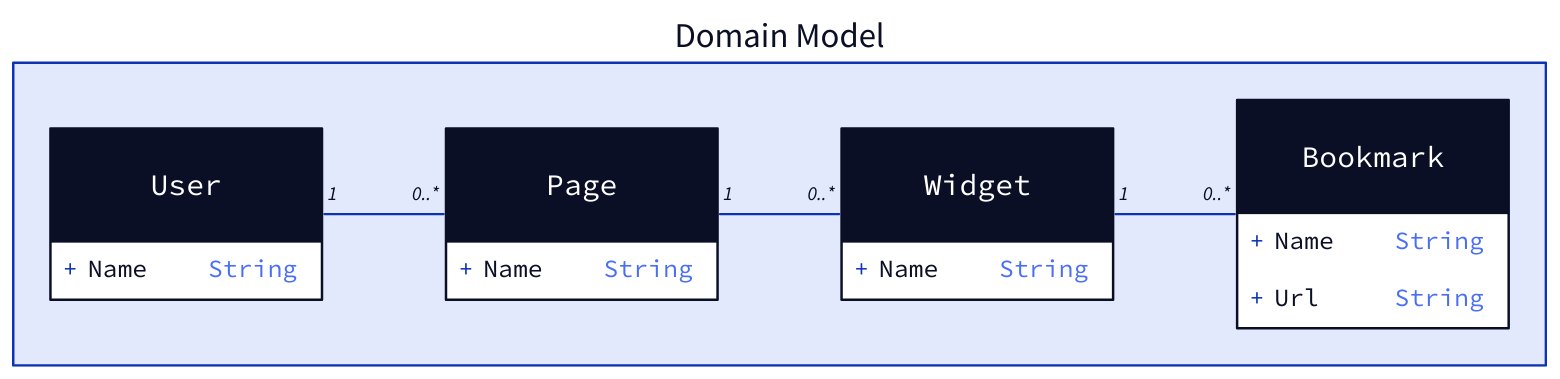
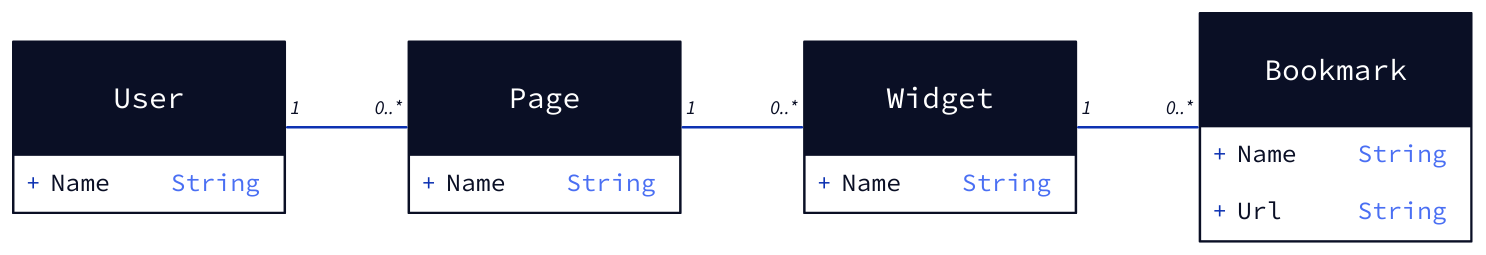
The diagram in docs/arc42/d2/domain.d2 (senekor/buenzlimarks), drawn with D2 before and after one commit. The commit also changed 9 other files, not shown here.

Commit message:
improve diagrams

```diff
--- a/docs/arc42/d2/domain.d2
+++ b/docs/arc42/d2/domain.d2
@@ -1,36 +1,34 @@
 direction: right
 
-Domain Model: {
-  User: {
-    shape: class
-    Name: String
-  }
-  Page: {
-    shape: class
-    Name: String
-  }
-  Widget: {
-    shape: class
-    Name: String
-  }
-  Bookmark: {
-    shape: class
-    Name: String
-    Url: String
-  }
+User: {
+  shape: class
+  Name: String
+}
+Page: {
+  shape: class
+  Name: String
+}
+Widget: {
+  shape: class
+  Name: String
+}
+Bookmark: {
+  shape: class
+  Name: String
+  Url: String
+}
 
-  User -- Page: {
-    source-arrowhead: 1
-    target-arrowhead: 0..*
-  }
+User -- Page: {
+  source-arrowhead: 1
+  target-arrowhead: 0..*
+}
 
-  Page -- Widget: {
-    source-arrowhead: 1
-    target-arrowhead: 0..*
-  }
+Page -- Widget: {
+  source-arrowhead: 1
+  target-arrowhead: 0..*
+}
 
-  Widget -- Bookmark: {
-    source-arrowhead: 1
-    target-arrowhead: 0..*
-  }
+Widget -- Bookmark: {
+  source-arrowhead: 1
+  target-arrowhead: 0..*
 }
```
